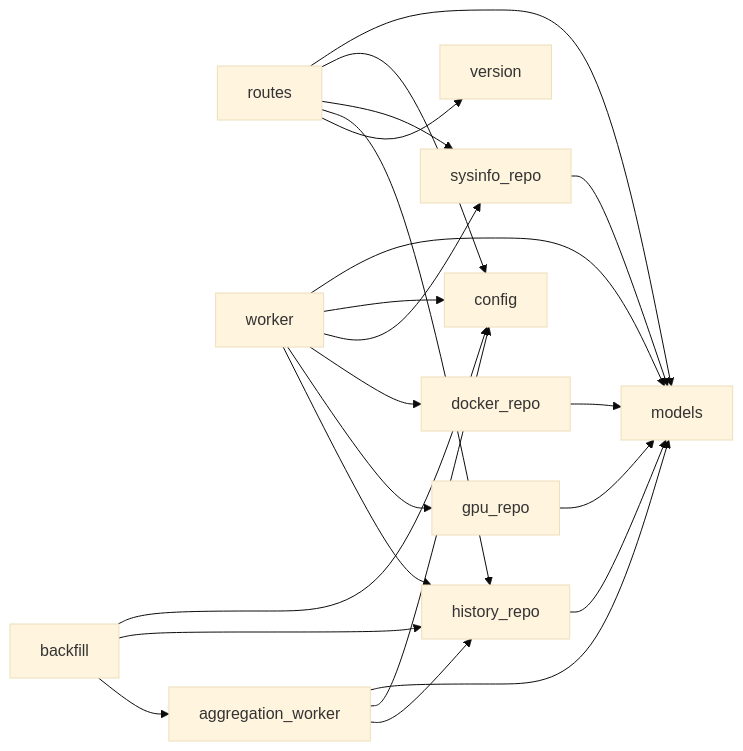
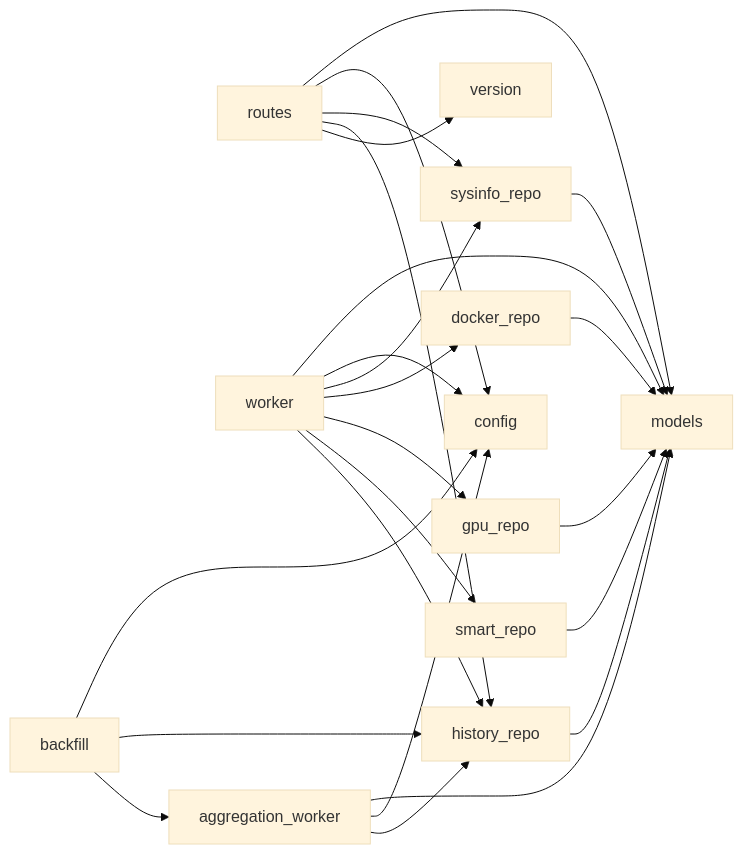
Before and after one commit to DarkseidAM/homeserver_rust: the second of 3 diagrams in CODEBASE.md, drawn with Mermaid (base theme). The commit also changed other lines of this file and 29 other files, not shown here.

First line of the commit message:
feat(smart): SMART disk health via smartctl, schema v5

````diff
--- a/CODEBASE.md
+++ b/CODEBASE.md
@@ -115,36 +120,39 @@
 ```mermaid
 graph LR
     config["config"]
     models["models"]
     version["version"]
     sysinfo_repo["sysinfo_repo"]
     docker_repo["docker_repo"]
     history_repo["history_repo"]
     routes["routes"]
     worker["worker"]
     aggregation_worker["aggregation_worker"]
     backfill["backfill"]
 
     sysinfo_repo --> models
     docker_repo --> models
     gpu_repo["gpu_repo"]
+    smart_repo["smart_repo"]
     history_repo --> models
     routes --> models
     routes --> config
     routes --> sysinfo_repo
     routes --> history_repo
     worker --> models
     worker --> config
     worker --> sysinfo_repo
     worker --> docker_repo
     worker --> gpu_repo
     gpu_repo --> models
+    worker --> smart_repo
+    smart_repo --> models
     worker --> history_repo
     aggregation_worker --> models
     aggregation_worker --> config
     aggregation_worker --> history_repo
     backfill --> config
     backfill --> history_repo
     backfill --> aggregation_worker
     routes --> version
 ```
````
